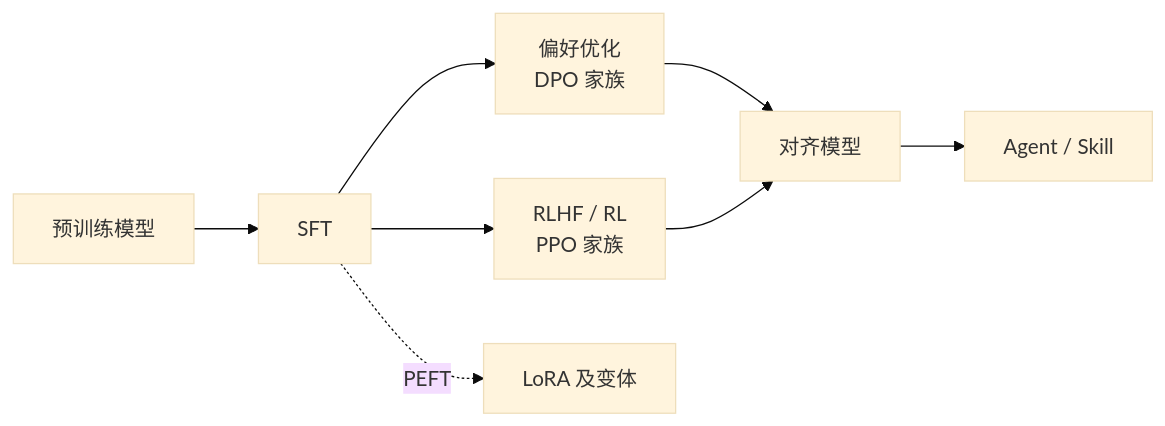
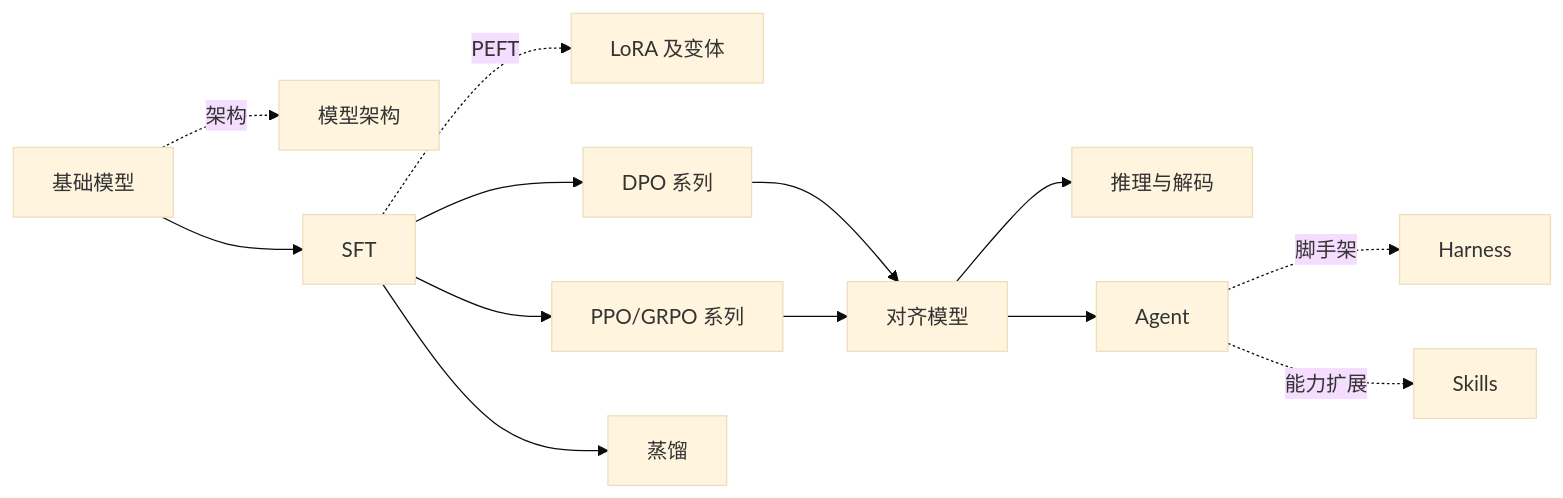
Before and after one commit to zhoujx4/llm-atlas: the diagram in docs/index.md, drawn with Mermaid (base theme). The commit also changed other lines of this file and 226 other files, not shown here.

````diff
--- a/docs/index.md
+++ b/docs/index.md
@@ -9,10 +9,15 @@
 ```mermaid
 flowchart LR
-    PT[预训练模型] --> SFT[SFT]
-    SFT --> PO[偏好优化<br/>DPO 家族]
-    SFT --> RL[RLHF / RL<br/>PPO 家族]
+    BM[基础模型] -.架构.-> ARCH[模型架构]
+    BM --> SFT[SFT]
     SFT -.PEFT.-> LORA[LoRA 及变体]
+    SFT --> PO[DPO 系列]
+    SFT --> RL[PPO/GRPO 系列]
+    SFT --> DST[蒸馏]
     PO --> A[对齐模型]
     RL --> A
-    A --> AG[Agent / Skill]
+    A --> INF[推理与解码]
+    A --> AG[Agent]
+    AG -.脚手架.-> HN[Harness]
+    AG -.能力扩展.-> SK[Skills]
 ```
````
